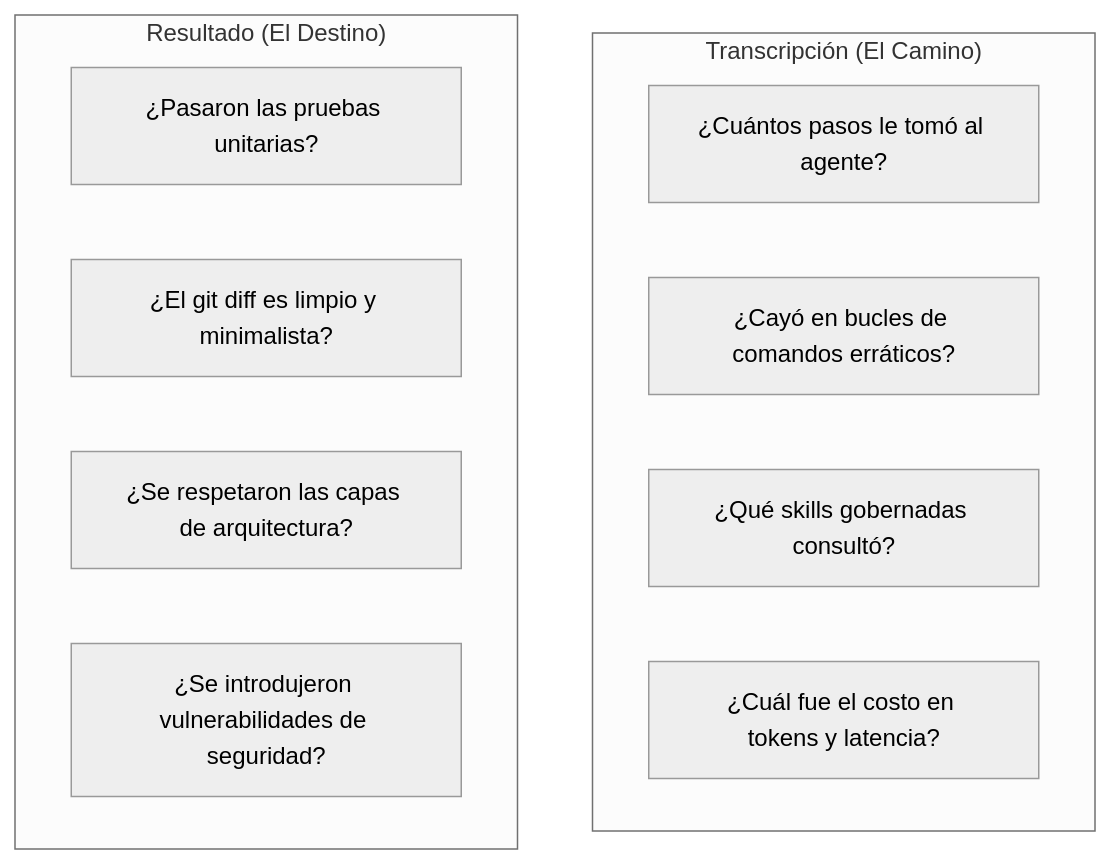
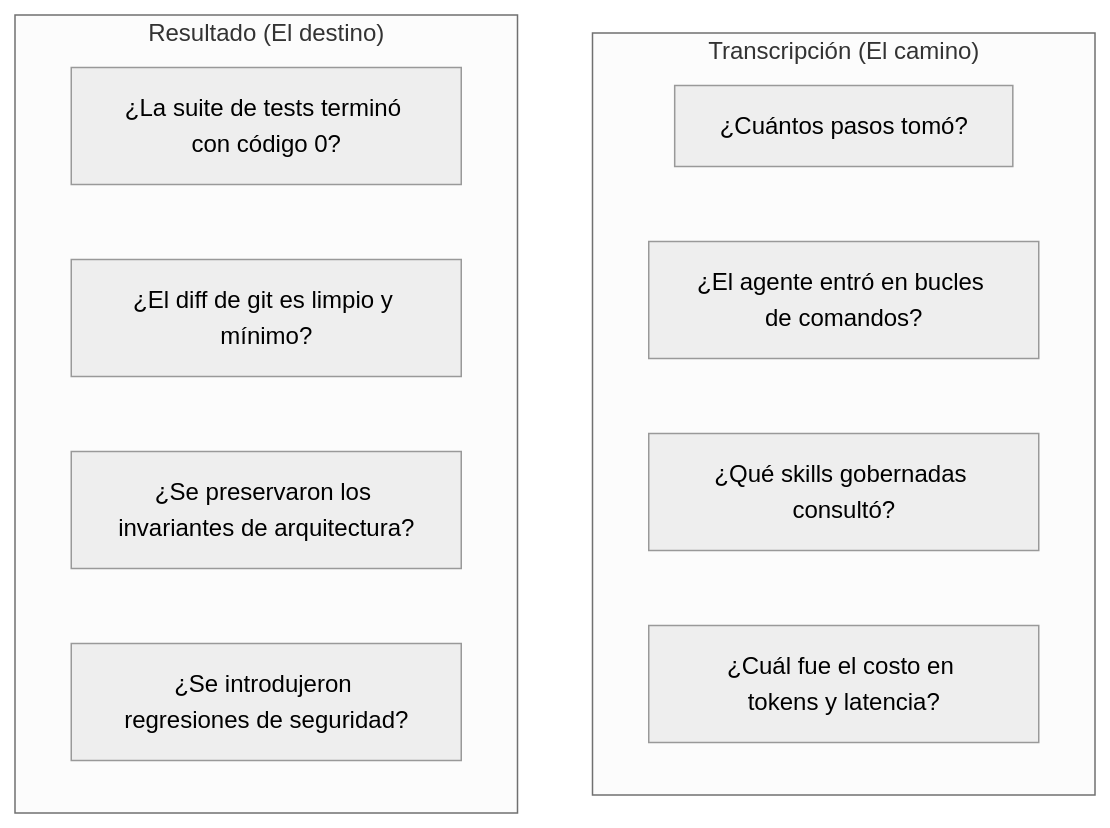
Before and after one commit to marcosdh1987/harness-engineering-guide: the first of 3 diagrams in docs/es/evaluation/what-is-an-eval.md, drawn with Mermaid (neutral theme). The commit also changed other lines of this file and 120 other files, not shown here.

````diff
--- a/docs/es/evaluation/what-is-an-eval.md
+++ b/docs/es/evaluation/what-is-an-eval.md
@@ -35,16 +52,16 @@
 ```mermaid
 flowchart TB
-    subgraph T["Transcripción (El Camino)"]
-        T1["¿Cuántos pasos le tomó al agente?"]
-        T2["¿Cayó en bucles de comandos erráticos?"]
+    subgraph T["Transcripción (El camino)"]
+        T1["¿Cuántos pasos tomó?"]
+        T2["¿El agente entró en bucles de comandos?"]
         T3["¿Qué skills gobernadas consultó?"]
         T4["¿Cuál fue el costo en tokens y latencia?"]
     end
 
-    subgraph O["Resultado (El Destino)"]
-        O1["¿Pasaron las pruebas unitarias?"]
-        O2["¿El git diff es limpio y minimalista?"]
-        O3["¿Se respetaron las capas de arquitectura?"]
-        O4["¿Se introdujeron vulnerabilidades de seguridad?"]
+    subgraph O["Resultado (El destino)"]
+        O1["¿La suite de tests terminó con código 0?"]
+        O2["¿El diff de git es limpio y mínimo?"]
+        O3["¿Se preservaron los invariantes de arquitectura?"]
+        O4["¿Se introdujeron regresiones de seguridad?"]
     end
 ```
````
